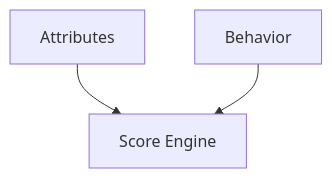
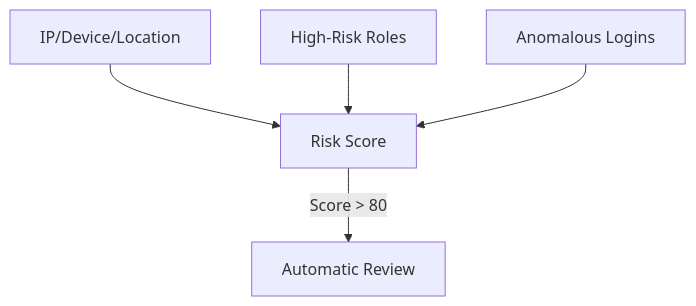
One commit to Devopstrio/identity-governance-framework changed the seventh of 30 diagrams in README.md. Above: the diagram before and after it, drawn with Mermaid. The commit also changed other lines of this file, not shown here.

Commit message:
docs: finalize premium institutional-grade README with 30+ diagrams and executive summary

````diff
--- a/README.md
+++ b/README.md
@@ -71,5 +165,7 @@
 ```mermaid
 graph TD
-    Attr[Attributes] --> Score[Score Engine]
-    Behavior[Behavior] --> Score
+    Context[IP/Device/Location] --> Score[Risk Score]
+    Entitlements[High-Risk Roles] --> Score
+    Behavior[Anomalous Logins] --> Score
+    Score -->|Score > 80| Trigger[Automatic Review]
 ```
````
